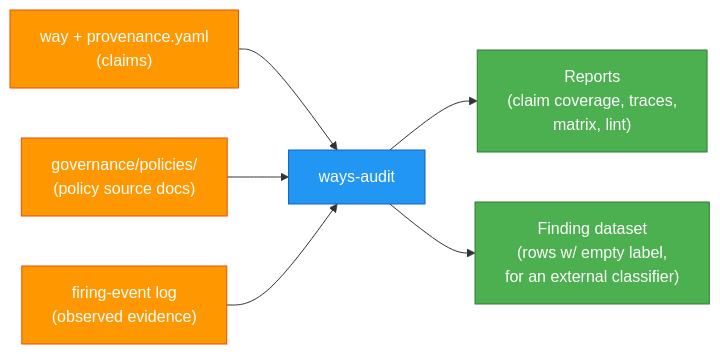
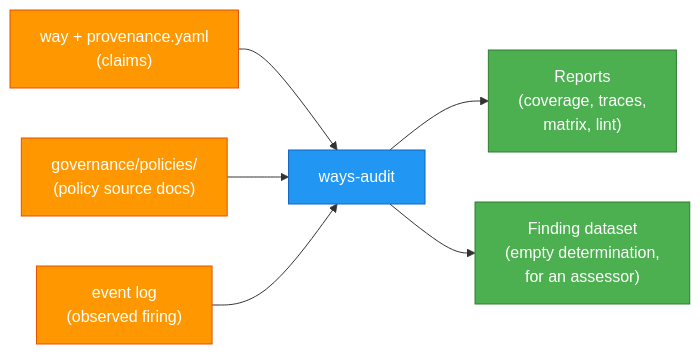
The diagram in docs/governance.md (aaronsb/agent-ways), drawn with Mermaid before and after one commit. The commit also changed other lines of this file and 33 other files, not shown here.

````diff
--- a/docs/governance.md
+++ b/docs/governance.md
@@ -117,19 +65,19 @@
 ```mermaid
 flowchart LR
     classDef tool fill:#2196F3,stroke:#1565C0,color:#fff
     classDef data fill:#FF9800,stroke:#E65100,color:#fff
     classDef output fill:#4CAF50,stroke:#2E7D32,color:#fff
 
     W["way + provenance.yaml<br/>(claims)"]:::data
-    F["firing-event log<br/>(observed evidence)"]:::data
+    F["event log<br/>(observed firing)"]:::data
     P["governance/policies/<br/>(policy source docs)"]:::data
     CLI["ways-audit"]:::tool
-    R["Reports<br/>(claim coverage, traces,<br/>matrix, lint)"]:::output
-    D["Finding dataset<br/>(rows w/ empty label,<br/>for an external classifier)"]:::output
+    R["Reports<br/>(coverage, traces,<br/>matrix, lint)"]:::output
+    D["Finding dataset<br/>(empty determination,<br/>for an assessor)"]:::output
 
     W --> CLI
     P --> CLI
     F --> CLI
     CLI --> R
     CLI --> D
 ```
````
